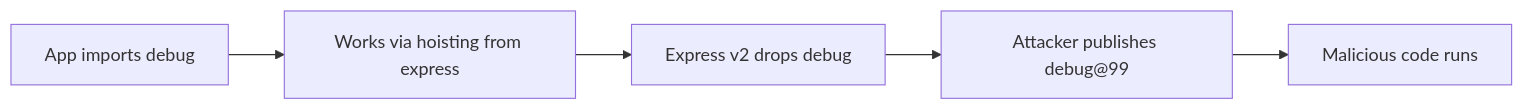
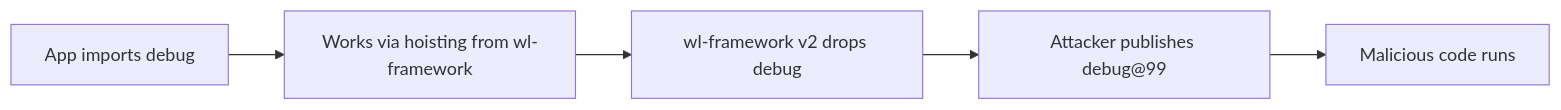
One commit to beyildirim/weaklink-labs changed the diagram in guide/docs/labs/tier-1/1.6-phantom-dependencies/index.md. Above: the diagram before and after it, drawn with Mermaid. The commit also changed 385 other files, not shown here.

````diff
--- a/guide/docs/labs/tier-1/1.6-phantom-dependencies/index.md
+++ b/guide/docs/labs/tier-1/1.6-phantom-dependencies/index.md
@@ -25,7 +25,7 @@
 ```mermaid
 graph LR
-    A[App imports debug] --> B[Works via hoisting from express]
-    B --> C[Express v2 drops debug]
+    A[App imports debug] --> B[Works via hoisting from wl-framework]
+    B --> C[wl-framework v2 drops debug]
     C --> D[Attacker publishes debug@99]
     D --> E[Malicious code runs]
 ```
````
